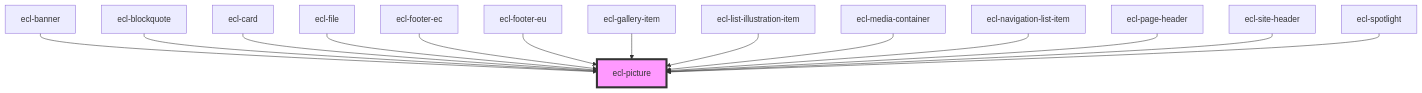
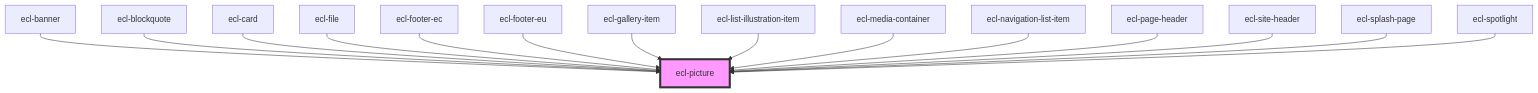
One commit to ec-europa/ecl-webcomponents changed the diagram in src/components/ecl-picture/readme.md. Above: the diagram before and after it, drawn with Mermaid. The commit also changed other lines of this file and 15 other files, not shown here.

Commit message:
feat(alpha.22): Adding splash page component - FRONT-5203

````diff
--- a/src/components/ecl-picture/readme.md
+++ b/src/components/ecl-picture/readme.md
@@ -41,17 +42,18 @@
 ```mermaid
 graph TD;
   ecl-banner --> ecl-picture
   ecl-blockquote --> ecl-picture
   ecl-card --> ecl-picture
   ecl-file --> ecl-picture
   ecl-footer-ec --> ecl-picture
   ecl-footer-eu --> ecl-picture
   ecl-gallery-item --> ecl-picture
   ecl-list-illustration-item --> ecl-picture
   ecl-media-container --> ecl-picture
   ecl-navigation-list-item --> ecl-picture
   ecl-page-header --> ecl-picture
   ecl-site-header --> ecl-picture
+  ecl-splash-page --> ecl-picture
   ecl-spotlight --> ecl-picture
   style ecl-picture fill:#f9f,stroke:#333,stroke-width:4px
 ```
````
